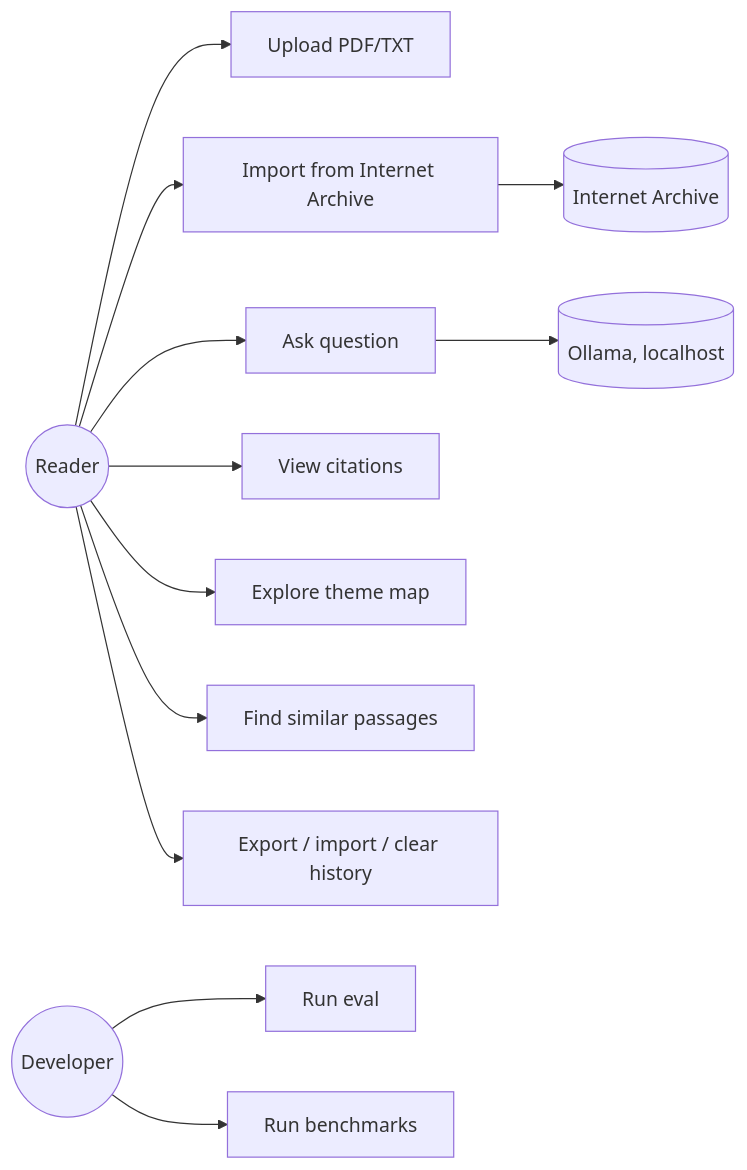
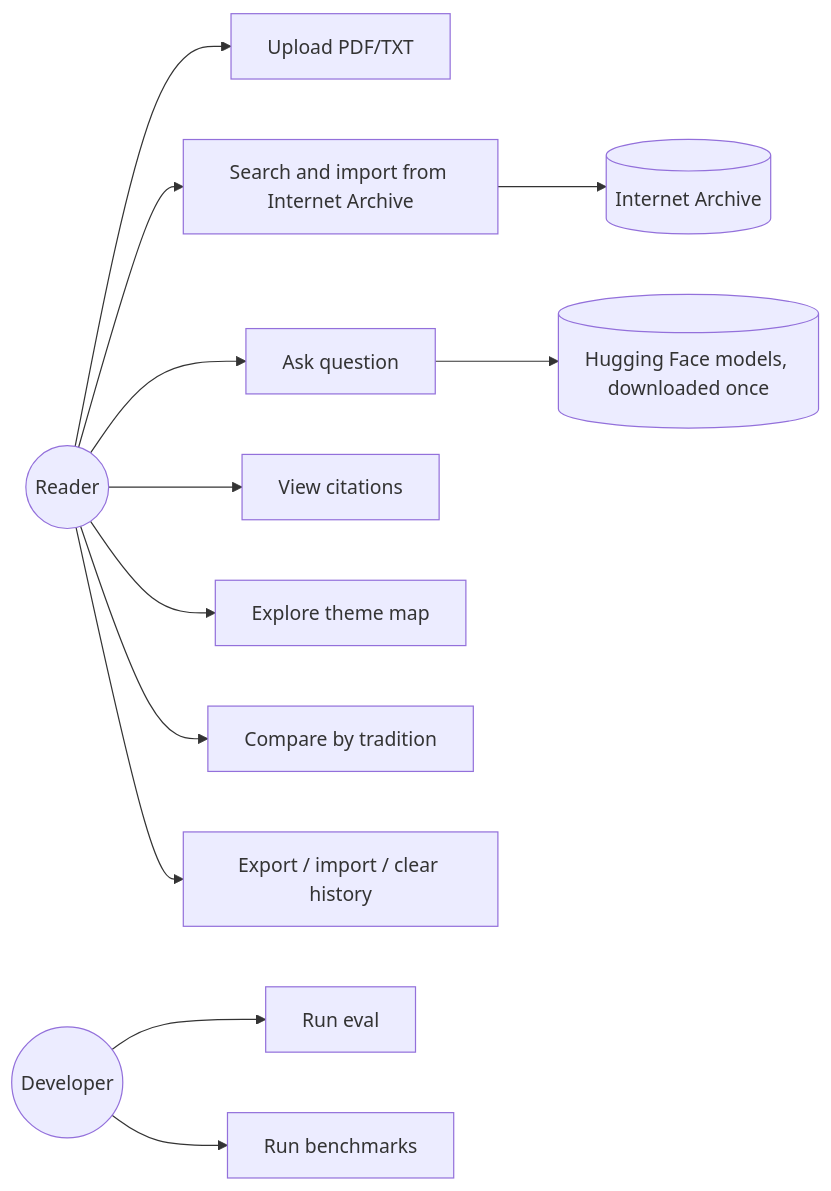
Before and after one commit to IgorCSIS/scripture-rag: the second of 9 diagrams in docs/ARCHITECTURE.md, drawn with Mermaid. The commit also changed other lines of this file and 5 other files, not shown here.

Commit message:
README and ARCHITECTURE match the final extractive pipeline: two gates, translation, verse chunks, parity; descriptive alt text; fresh screenshots

````diff
--- a/docs/ARCHITECTURE.md
+++ b/docs/ARCHITECTURE.md
@@ -21,14 +24,14 @@
 ```mermaid
 flowchart LR
   R((Reader)) --> UC1[Upload PDF/TXT]
-  R --> UC2[Import from Internet Archive]
+  R --> UC2[Search and import from Internet Archive]
   R --> UC3[Ask question]
   R --> UC4[View citations]
   R --> UC5[Explore theme map]
-  R --> UC6[Find similar passages]
+  R --> UC10[Compare by tradition]
   R --> UC9[Export / import / clear history]
   D((Developer)) --> UC7[Run eval]
   D --> UC8[Run benchmarks]
   UC2 --> IA[(Internet Archive)]
-  UC3 --> OL[(Ollama, localhost)]
+  UC3 --> HF[(Hugging Face models, downloaded once)]
 ```
````
